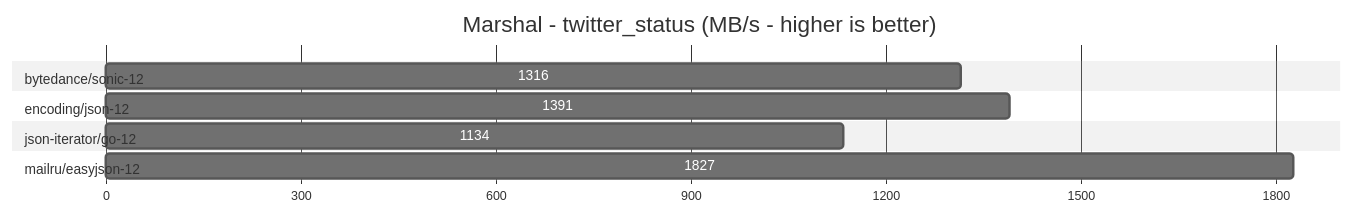
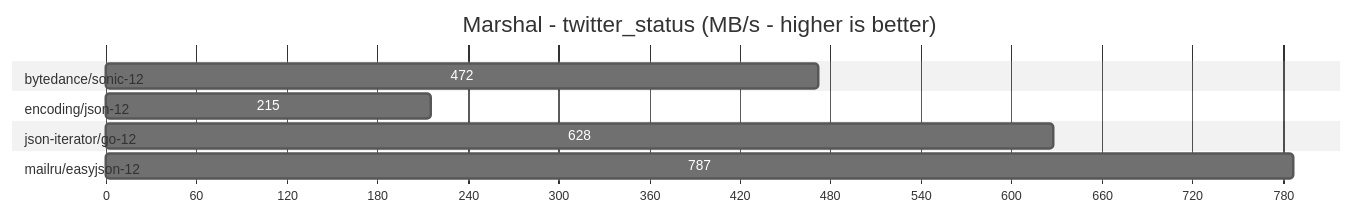
One commit to compashka/json-benchmarks changed the sixth of 12 diagrams in README.md. Above: the diagram before and after it, drawn with Mermaid (neutral theme). The commit also changed other lines of this file and 23 other files, not shown here.

````diff
--- a/README.md
+++ b/README.md
@@ -91,15 +101,15 @@
 ```mermaid
 gantt
 title Marshal - twitter_status (MB/s - higher is better)
 dateFormat X
 axisFormat %s
 
 section bytedance/sonic-12        
-1316 :0, 1316
+472:0,472
 section encoding/json-12          
-1391 :0, 1391
+215:0,215
 section json-iterator/go-12       
-1134 :0, 1134
+628:0,628
 section mailru/easyjson-12        
-1827 :0, 1827
+787:0,787
 ```
````
